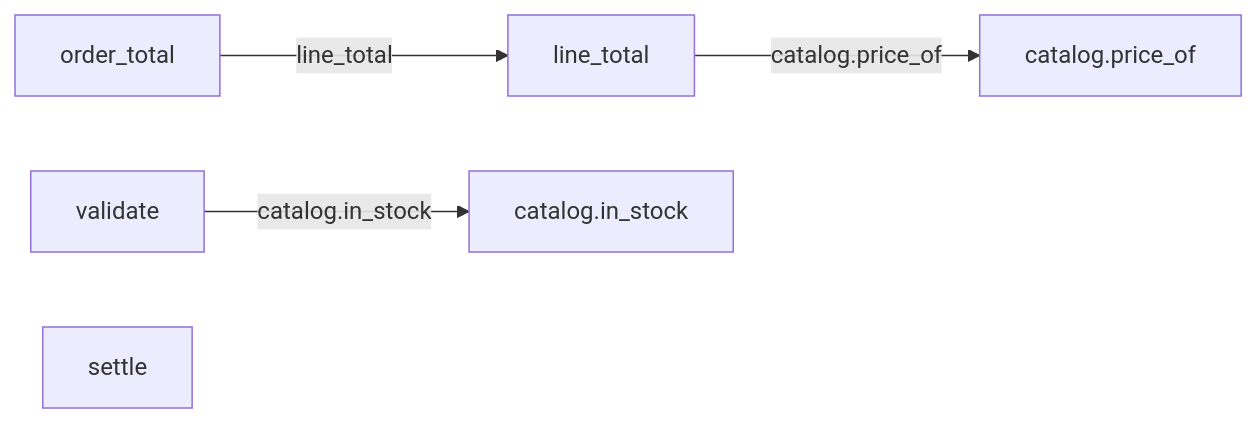
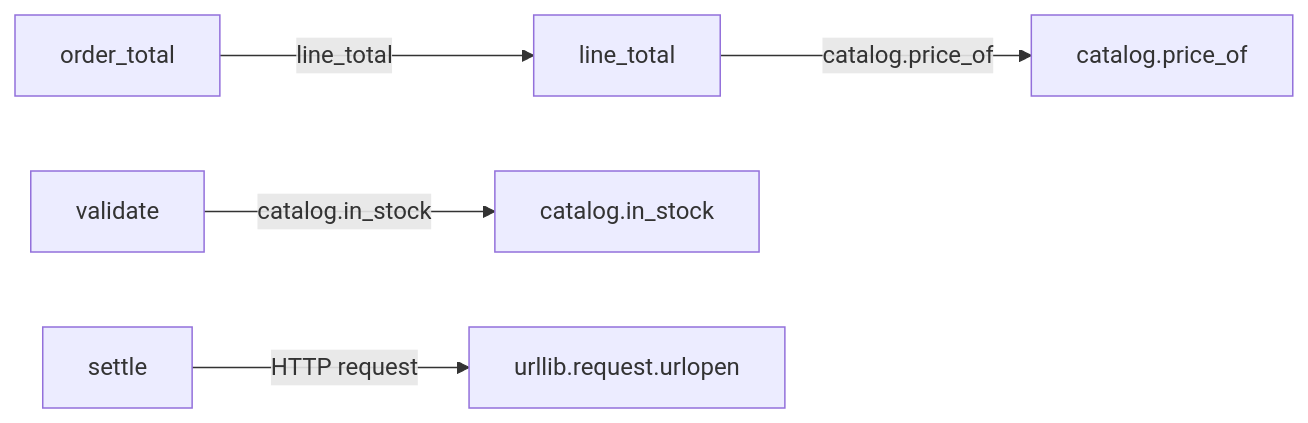
The diagram in codebase-analysis/lld/orders/orders.md (vishalc412/bible-mode-b-test), drawn with Mermaid before and after one commit. The commit also changed other lines of this file and 27 other files, not shown here.

````diff
--- a/codebase-analysis/lld/orders/orders.md
+++ b/codebase-analysis/lld/orders/orders.md
@@ -36,12 +36,14 @@
 ```mermaid
 flowchart LR
   lineTotal["line_total"]
   orderTotal["order_total"]
   validate["validate"]
   settle["settle"]
   catalogPrice["catalog.price_of"]
   catalogStock["catalog.in_stock"]
+  urlopen["urllib.request.urlopen"]
   lineTotal -->|"catalog.price_of"| catalogPrice
   orderTotal -->|"line_total"| lineTotal
   validate -->|"catalog.in_stock"| catalogStock
+  settle -->|"HTTP request"| urlopen
 ```
````
